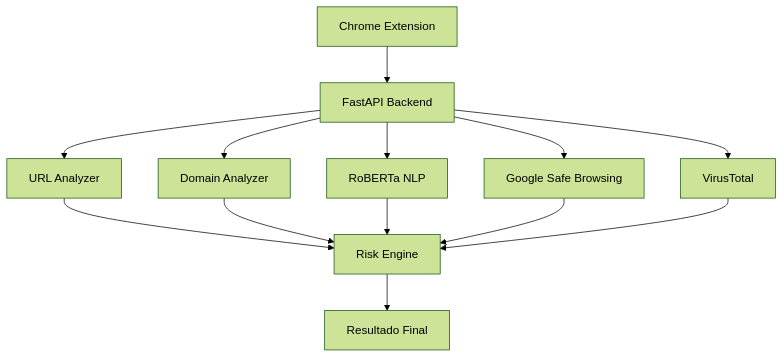
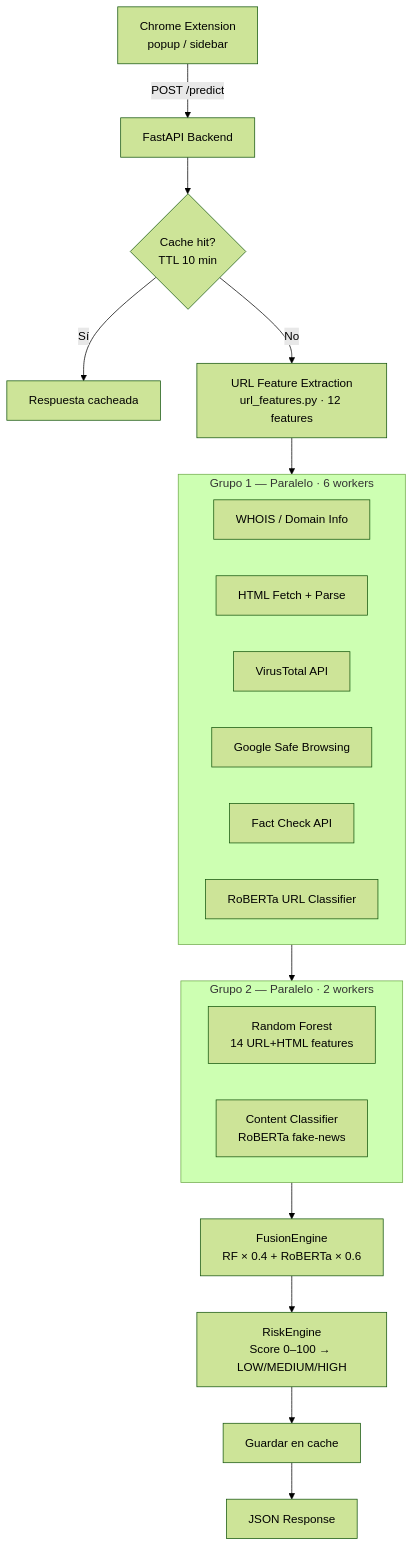
One commit to melsysdev-web/phishing_ia changed the first of 2 diagrams in docs/architecture.md. Above: the diagram before and after it, drawn with Mermaid (forest theme). The commit also changed other lines of this file and 34 other files, not shown here.

First line of the commit message:
feat: complete UI overhaul, architecture cleanup, docs and README

````diff
--- a/docs/architecture.md
+++ b/docs/architecture.md
@@ -88,29 +13,33 @@
 ```mermaid
 flowchart TD
+    A[Chrome Extension\npopup / sidebar] -->|POST /predict| B[FastAPI Backend]
 
-A[Chrome Extension]
+    B --> CACHE{Cache hit?\nTTL 10 min}
+    CACHE -->|Sí| RESP[Respuesta cacheada]
+    CACHE -->|No| FEAT
 
-A --> B[FastAPI Backend]
+    FEAT[URL Feature Extraction\nurl_features.py · 12 features]
 
-B --> C[URL Analyzer]
+    FEAT --> G1
 
-B --> D[Domain Analyzer]
+    subgraph G1 [Grupo 1 — Paralelo · 6 workers]
+        W[WHOIS / Domain Info]
+        H[HTML Fetch + Parse]
+        VT[VirusTotal API]
+        SB[Google Safe Browsing]
+        FC[Fact Check API]
+        RB[RoBERTa URL Classifier]
+    end
 
-B --> E[RoBERTa NLP]
+    G1 --> G2
 
-B --> F[Google Safe Browsing]
+    subgraph G2 [Grupo 2 — Paralelo · 2 workers]
+        RF[Random Forest\n14 URL+HTML features]
+        CC[Content Classifier\nRoBERTa fake-news]
+    end
 
-B --> G[VirusTotal]
-
-C --> H[Risk Engine]
-
-D --> H
-
-E --> H
-
-F --> H
-
-G --> H
-
-H --> I[Resultado Final]
+    G2 --> FE[FusionEngine\nRF × 0.4 + RoBERTa × 0.6]
+    FE --> RE[RiskEngine\nScore 0–100 → LOW/MEDIUM/HIGH]
+    RE --> CACHE2[Guardar en cache]
+    CACHE2 --> RESP2[JSON Response]
 ```
````
